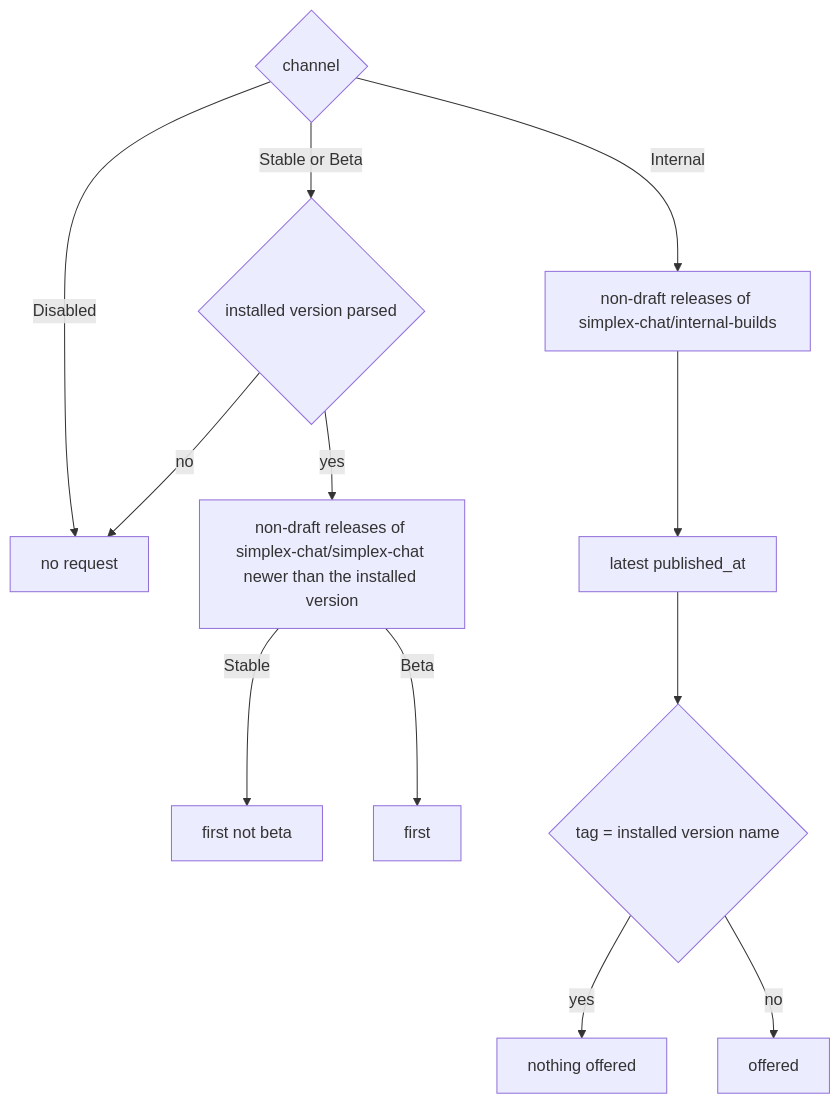
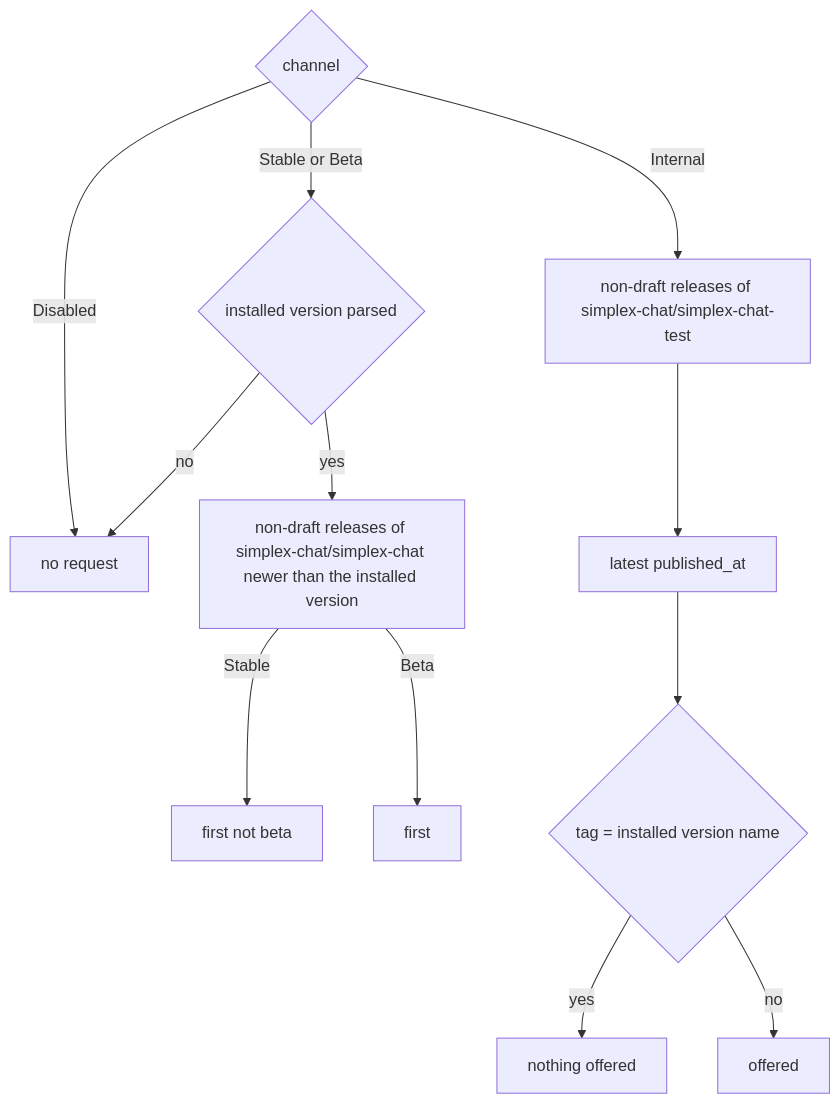
Before and after one commit to simplex-chat/simplex-chat: the second of 2 diagrams in plans/2026-11-16-desktop-internal-updates.md, drawn with Mermaid. The commit also changed other lines of this file and 3 other files, not shown here.

Commit message:
desktop: internal builds from simplex-chat/simplex-chat-test

````diff
--- a/plans/2026-11-16-desktop-internal-updates.md
+++ b/plans/2026-11-16-desktop-internal-updates.md
@@ -48,14 +48,14 @@
 ```mermaid
 flowchart TD
   C{channel} -->|Disabled| X[no request]
   C -->|Stable or Beta| V{installed version parsed}
   V -->|no| X
   V -->|yes| M[non-draft releases of simplex-chat/simplex-chat newer than the installed version]
   M -->|Stable| S[first not beta]
   M -->|Beta| B[first]
-  C -->|Internal| I[non-draft releases of simplex-chat/internal-builds]
+  C -->|Internal| I[non-draft releases of simplex-chat/simplex-chat-test]
   I --> F[latest published_at]
   F --> T{tag = installed version name}
   T -->|yes| N[nothing offered]
   T -->|no| O[offered]
 ```
````
